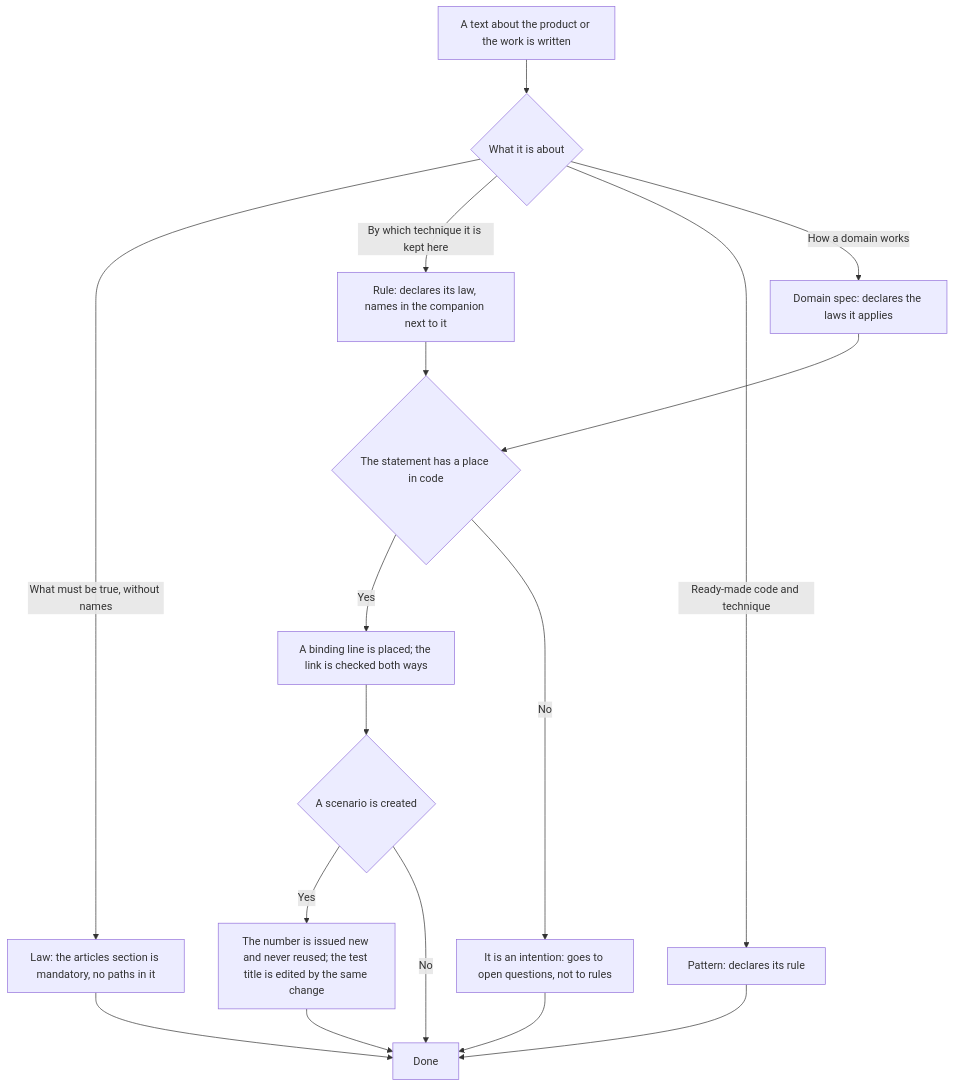
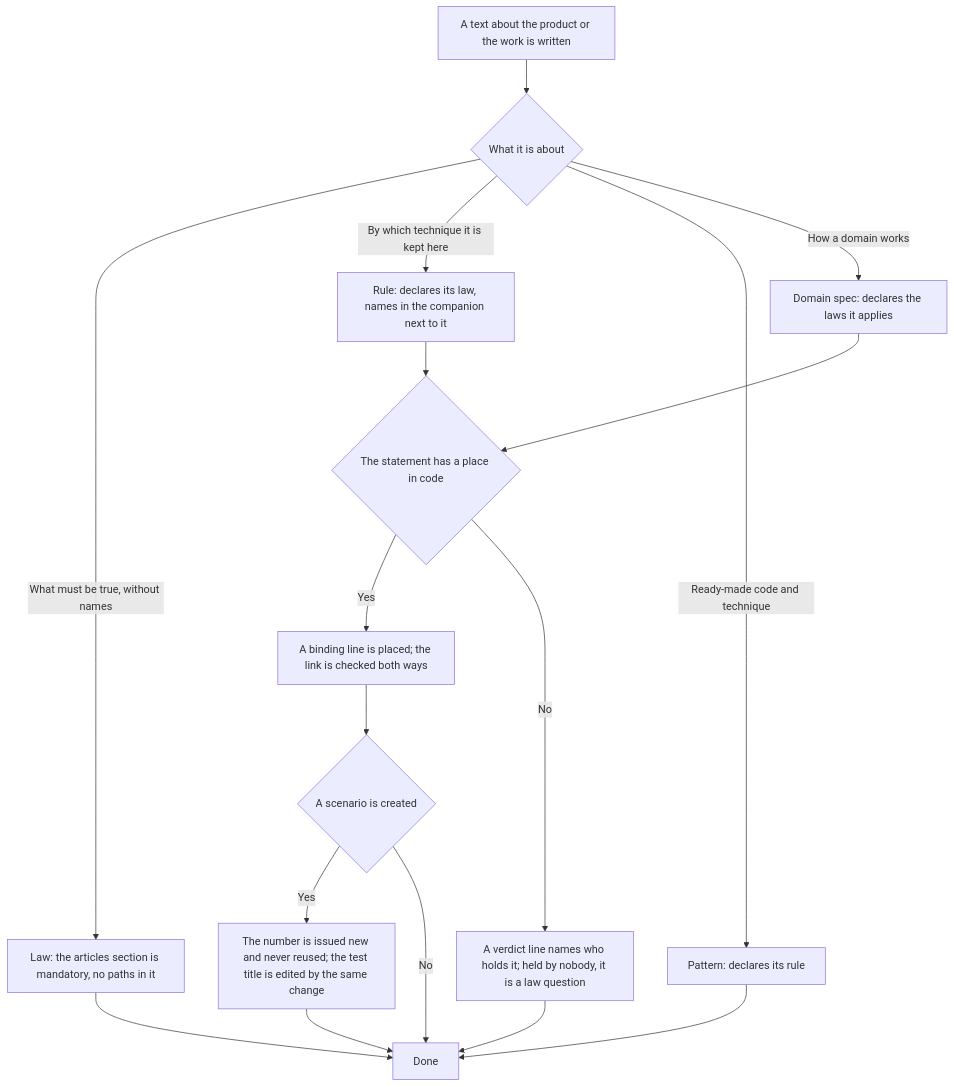
The diagram in .claude/skills/spec-driven/SKILL.md (Eyhenij/rt-tools), drawn with Mermaid before and after one commit. The commit also changed other lines of this file and 7 other files, not shown here.

````diff
--- a/.claude/skills/spec-driven/SKILL.md
+++ b/.claude/skills/spec-driven/SKILL.md
@@ -69,19 +69,19 @@
 ```mermaid
 flowchart TD
     A[A text about the product or the work is written] --> B{What it is about}
     B -->|What must be true, without names| C[Law: the articles section is mandatory, no paths in it]
     B -->|By which technique it is kept here| D[Rule: declares its law, names in the companion next to it]
     B -->|Ready-made code and technique| E[Pattern: declares its rule]
     B -->|How a domain works| F[Domain spec: declares the laws it applies]
     D --> G{The statement has a place in code}
     F --> G
     G -->|Yes| H[A binding line is placed; the link is checked both ways]
-    G -->|No| I[It is an intention: goes to open questions, not to rules]
+    G -->|No| I[A verdict line names who holds it; held by nobody, it is a law question]
     H --> J{A scenario is created}
     J -->|Yes| K[The number is issued new and never reused; the test title is edited by the same change]
     J -->|No| L[Done]
     C --> L
     E --> L
     K --> L
     I --> L
 ```
````
